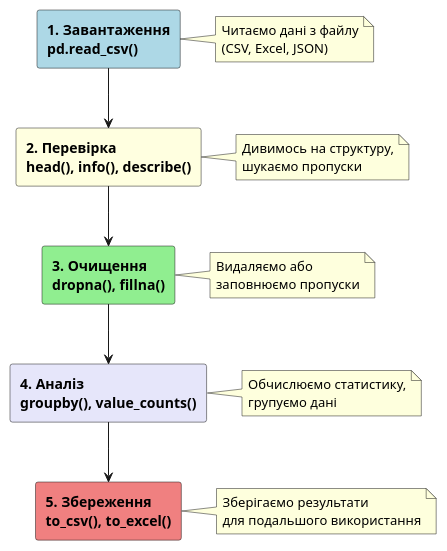
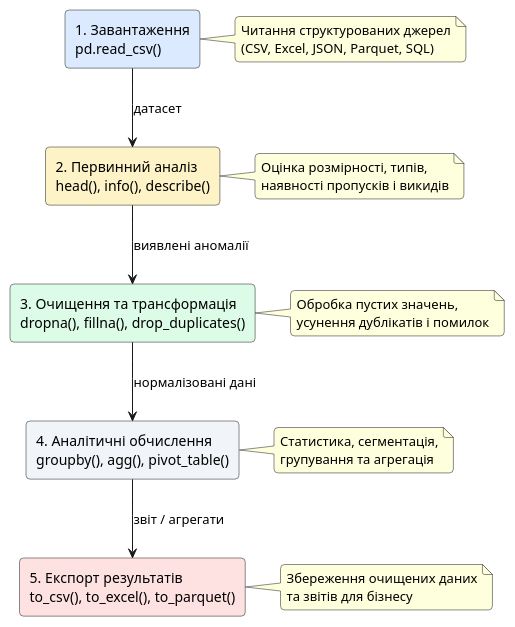
Before and after one commit to arakviel/kostyl.dev: the first of 5 diagrams in content/16.ai-python/03.numpy-pandas/03.numpy-pandas.md, drawn with PlantUML. The commit also changed other lines of this file and 84 other files, not shown here.

````diff
--- a/content/16.ai-python/03.numpy-pandas/03.numpy-pandas.md
+++ b/content/16.ai-python/03.numpy-pandas/03.numpy-pandas.md
@@ -130,44 +153,45 @@
 ```plantuml
 @startuml
 skinparam style plain
-skinparam rectangleFontSize 14
-skinparam rectangleFontStyle bold
+skinparam backgroundColor #FFFFFF
+skinparam defaultFontName sans-serif
+skinparam roundCorner 8
+skinparam activityBorderThickness 1.5
 
-rectangle "1. Завантаження\npd.read_csv()" as load #lightblue
-rectangle "2. Перевірка\nhead(), info(), describe()" as check #lightyellow
-rectangle "3. Очищення\ndropna(), fillna()" as clean #lightgreen
-rectangle "4. Аналіз\ngroupby(), value_counts()" as analyze #lavender
-rectangle "5. Збереження\nto_csv(), to_excel()" as save #lightcoral
+rectangle "1. Завантаження\npd.read_csv()" as load #DBEAFE
+rectangle "2. Первинний аналіз\nhead(), info(), describe()" as check #FEF3C7
+rectangle "3. Очищення та трансформація\ndropna(), fillna(), drop_duplicates()" as clean #DCFCE7
+rectangle "4. Аналітичні обчислення\ngroupby(), agg(), pivot_table()" as analyze #F1F5F9
+rectangle "5. Експорт результатів\nto_csv(), to_excel(), to_parquet()" as save #FEE2E2
 
-load -down-> check
-check -down-> clean
-clean -down-> analyze
-analyze -down-> save
+load -down-> check : датасет
+check -down-> clean : виявлені аномалії
+clean -down-> analyze : нормалізовані дані
+analyze -down-> save : звіт / агрегати
 
 note right of load
-  Читаємо дані з файлу
-  (CSV, Excel, JSON)
+  Читання структурованих джерел
+  (CSV, Excel, JSON, Parquet, SQL)
 end note
 
 note right of check
-  Дивимось на структуру,
-  шукаємо пропуски
+  Оцінка розмірності, типів,
+  наявності пропусків і викидів
 end note
 
 note right of clean
-  Видаляємо або
-  заповнюємо пропуски
+  Обробка пустих значень,
+  усунення дублікатів і помилок
 end note
 
 note right of analyze
-  Обчислюємо статистику,
-  групуємо дані
+  Статистика, сегментація,
+  групування та агрегація
 end note
 
 note right of save
-  Зберігаємо результати
-  для подальшого використання
+  Збереження очищених даних
+  та звітів для бізнесу
 end note
-
 @enduml
 ```
````
